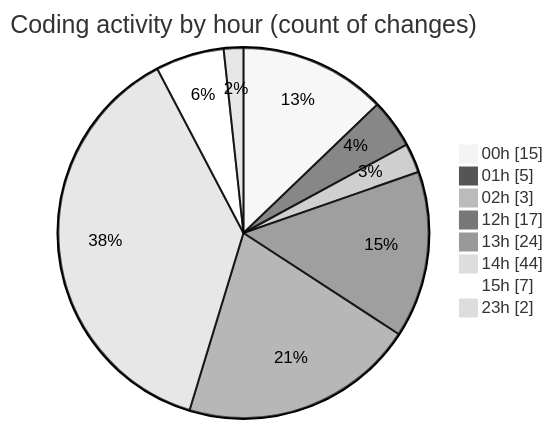
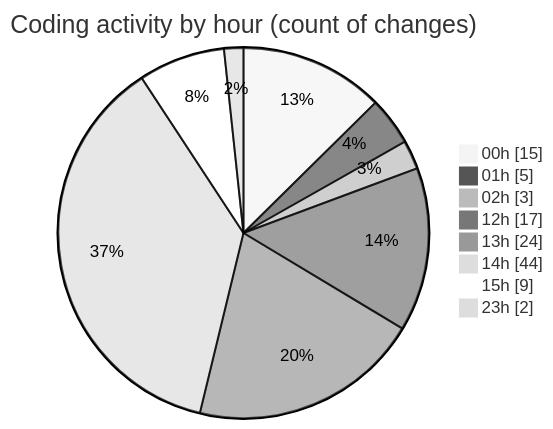
Before and after one commit to lephambinh05/code-tracking: the second of 2 diagrams in 2025-08-13/rentotp/README.md, drawn with Mermaid (neutral theme). The commit also changed other lines of this file and 1 other file, not shown here.

````diff
--- a/2025-08-13/rentotp/README.md
+++ b/2025-08-13/rentotp/README.md
@@ -50,12 +50,12 @@
 ```mermaid
 pie showData
 title Coding activity by hour (count of changes)
 "00h" : 15
 "01h" : 5
 "02h" : 3
 "12h" : 17
 "13h" : 24
 "14h" : 44
-"15h" : 7
+"15h" : 9
 "23h" : 2
 ```
````
